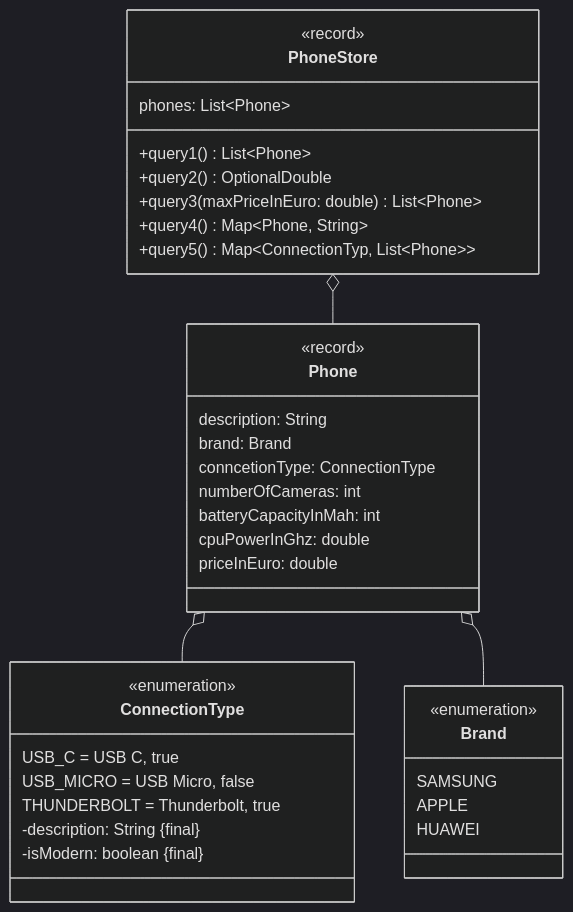
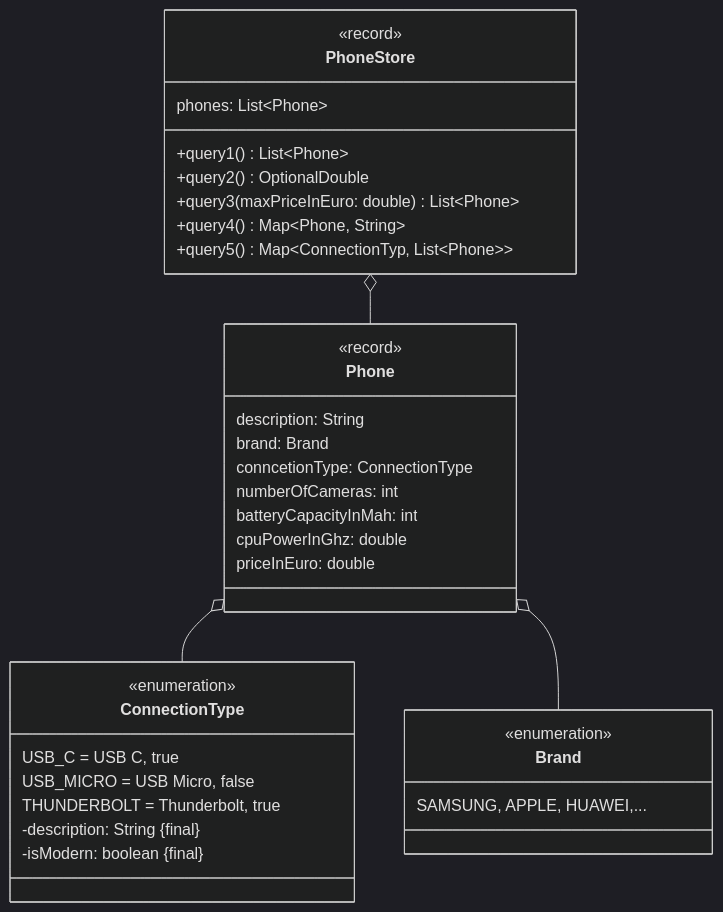
The diagram in docs/exam-exercises/exam-exercises-java2/queries/phone-store.md (jappuccini/java-docs), drawn with Mermaid (dark theme) before and after one commit. The commit also changed 6 other files, not shown here.

````diff
--- a/docs/exam-exercises/exam-exercises-java2/queries/phone-store.md
+++ b/docs/exam-exercises/exam-exercises-java2/queries/phone-store.md
@@ -12,43 +12,41 @@
 ```mermaid
 classDiagram
     Phone o-- ConnectionType
     Phone o-- Brand
     PhoneStore o-- Phone
 
     class ConnectionType {
         <<enumeration>>
         USB_C = USB C, true
         USB_MICRO = USB Micro, false
         THUNDERBOLT = Thunderbolt, true
         -description: String #123;final#125;
         -isModern: boolean #123;final#125;
     }
 
     class Brand {
         <<enumeration>>
-        SAMSUNG
-        APPLE
-        HUAWEI
+        SAMSUNG, APPLE, HUAWEI,...
     }
 
     class Phone {
         <<record>>
         description: String
         brand: Brand
         conncetionType: ConnectionType
         numberOfCameras: int
         batteryCapacityInMah: int
         cpuPowerInGhz: double
         priceInEuro: double
     }
 
     class PhoneStore {
         <<record>>
         phones: List~Phone~
         +query1() List~Phone~
         +query2() OptionalDouble
         +query3(maxPriceInEuro: double) List~Phone~
         +query4() Map~Phone, String~
         +query5() Map~ConnectionTyp&sbquo; List~Phone~~
     }
 ```
````
